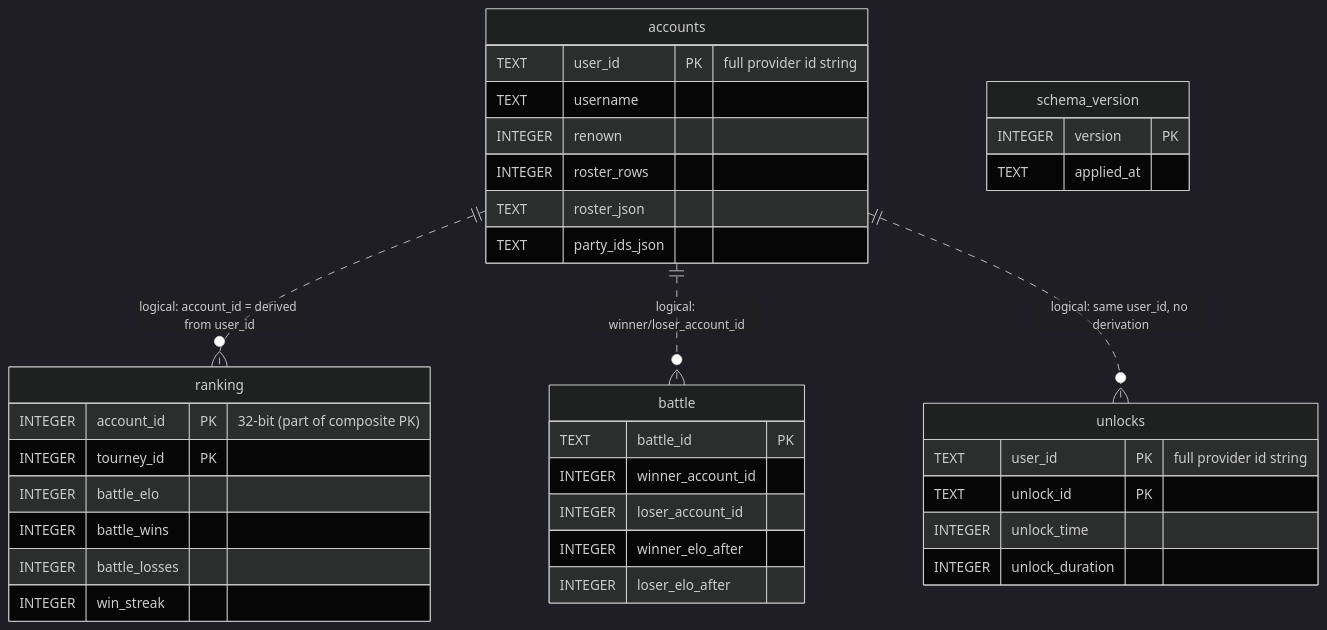
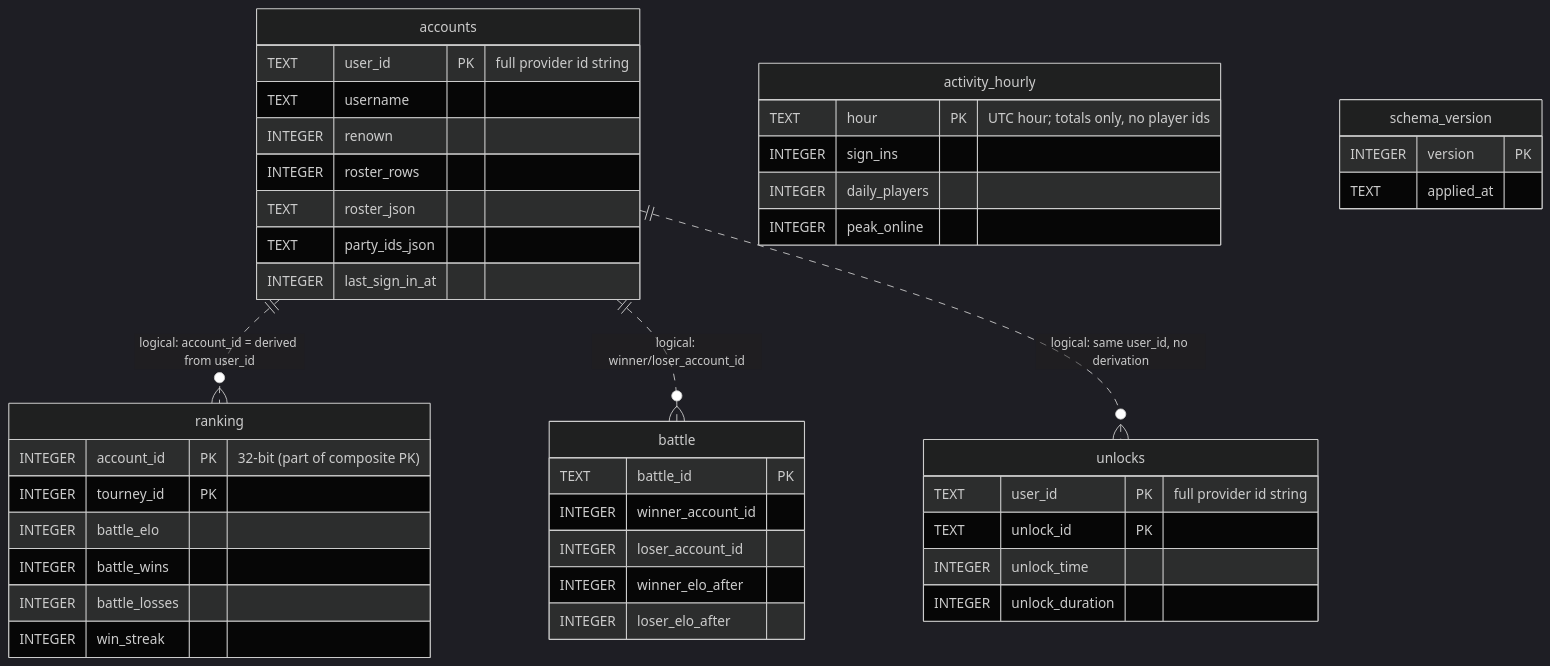
The diagram in bsf-server/docs/database-schema.md (Banner-Saga-Factions/BSF-Custom-Server), drawn with Mermaid (dark theme) before and after one commit. The commit also changed other lines of this file and 24 other files, not shown here.

````diff
--- a/bsf-server/docs/database-schema.md
+++ b/bsf-server/docs/database-schema.md
@@ -11,39 +11,46 @@
 ```mermaid
 erDiagram
     accounts {
         TEXT    user_id PK "full provider id string"
         TEXT    username
         INTEGER renown
         INTEGER roster_rows
         TEXT    roster_json
         TEXT    party_ids_json
+        INTEGER last_sign_in_at
     }
     ranking {
         INTEGER account_id PK "32-bit (part of composite PK)"
         INTEGER tourney_id PK
         INTEGER battle_elo
         INTEGER battle_wins
         INTEGER battle_losses
         INTEGER win_streak
     }
     battle {
         TEXT    battle_id PK
         INTEGER winner_account_id
         INTEGER loser_account_id
         INTEGER winner_elo_after
         INTEGER loser_elo_after
     }
     unlocks {
         TEXT    user_id PK "full provider id string"
         TEXT    unlock_id PK
         INTEGER unlock_time
         INTEGER unlock_duration
     }
+    activity_hourly {
+        TEXT    hour PK "UTC hour; totals only, no player ids"
+        INTEGER sign_ins
+        INTEGER daily_players
+        INTEGER peak_online
+    }
     schema_version {
         INTEGER version PK
         TEXT    applied_at
     }
     accounts ||..o{ ranking : "logical: account_id = derived from user_id"
     accounts ||..o{ battle  : "logical: winner/loser_account_id"
     accounts ||..o{ unlocks : "logical: same user_id, no derivation"
 ```
````
